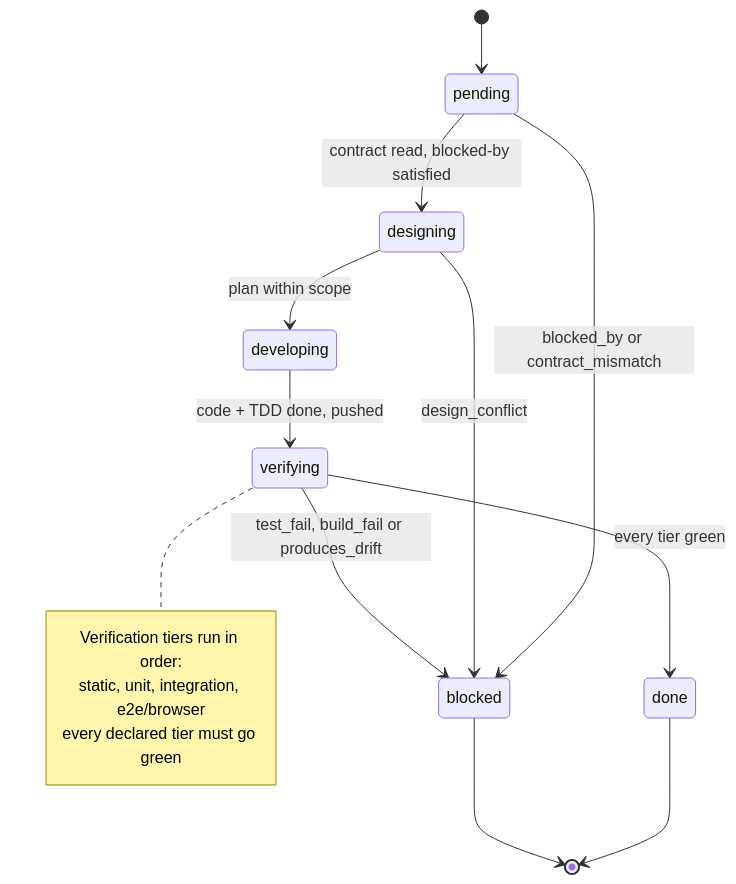
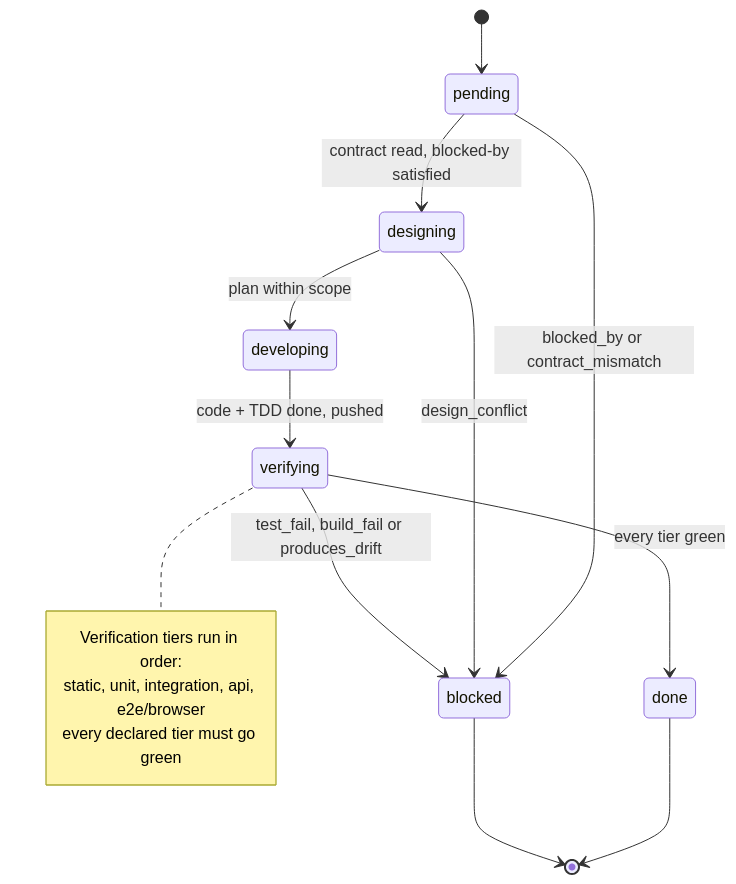
Before and after one commit to midnightblur/afk-driver: the fifth of 6 diagrams in README.md, drawn with Mermaid. The commit also changed other lines of this file and 12 other files, not shown here.

````diff
--- a/README.md
+++ b/README.md
@@ -349,20 +358,20 @@
 ```mermaid
 stateDiagram-v2
     [*] --> pending
     pending --> designing: contract read, blocked-by satisfied
     designing --> developing: plan within scope
     developing --> verifying: code + TDD done, pushed
     verifying --> done: every tier green
     done --> [*]
 
     pending --> blocked: blocked_by or contract_mismatch
     designing --> blocked: design_conflict
     verifying --> blocked: test_fail, build_fail or produces_drift
     blocked --> [*]
 
     note right of verifying
         Verification tiers run in order:
-        static, unit, integration, e2e/browser
+        static, unit, integration, api, e2e/browser
         every declared tier must go green
     end note
 ```
````
